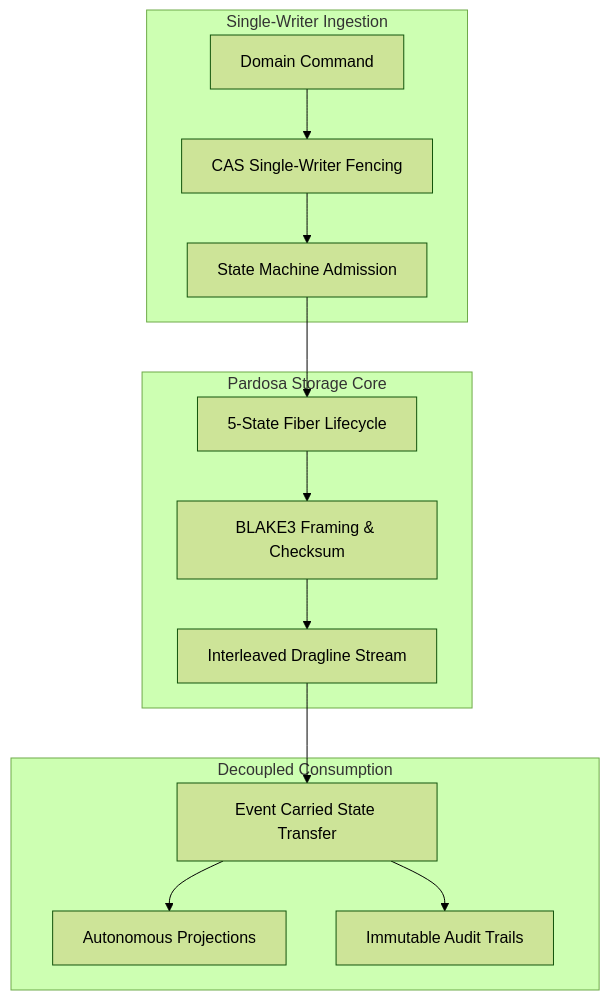
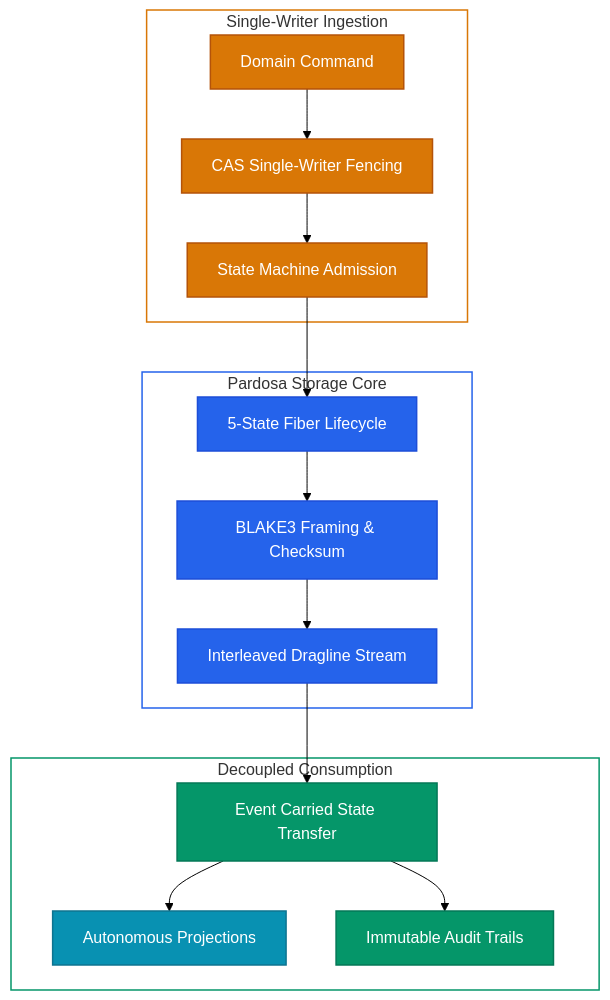
Before and after one commit to acje/acje.github.io: the first of 5 diagrams in content/projects/pardosa/index.md, drawn with Mermaid (forest theme). The commit also changed other lines of this file and 2 other files, not shown here.

Commit message:
Modernize and unify Mermaid diagram color schemes across project presentations

````diff
--- a/content/projects/pardosa/index.md
+++ b/content/projects/pardosa/index.md
@@ -14,26 +14,40 @@
 ```mermaid
 flowchart TD
     subgraph Ingestion [Single-Writer Ingestion]
         CMD[Domain Command] --> CAS[CAS Single-Writer Fencing]
         CAS --> ADMIT[State Machine Admission]
     end
 
     subgraph Core [Pardosa Storage Core]
         SM[5-State Fiber Lifecycle]
         BLAKE[BLAKE3 Framing & Checksum]
         DRAG[Interleaved Dragline Stream]
     end
 
     subgraph Downstream [Decoupled Consumption]
         ECST[Event Carried State Transfer]
         PROJ[Autonomous Projections]
         AUDIT[Immutable Audit Trails]
     end
 
     ADMIT --> SM
     SM --> BLAKE
     BLAKE --> DRAG
     DRAG --> ECST
     ECST --> PROJ
     ECST --> AUDIT
+
+    classDef amber fill:#d97706,stroke:#b45309,stroke-width:1.5px,color:#ffffff
+    classDef blue fill:#2563eb,stroke:#1d4ed8,stroke-width:1.5px,color:#ffffff
+    classDef green fill:#059669,stroke:#047857,stroke-width:1.5px,color:#ffffff
+    classDef cyan fill:#0891b2,stroke:#0e7490,stroke-width:1.5px,color:#ffffff
+
+    class CMD,CAS,ADMIT amber
+    class SM,BLAKE,DRAG blue
+    class ECST,AUDIT green
+    class PROJ cyan
+
+    style Ingestion fill:transparent,stroke:#d97706,stroke-width:1.5px
+    style Core fill:transparent,stroke:#2563eb,stroke-width:1.5px
+    style Downstream fill:transparent,stroke:#059669,stroke-width:1.5px
 ```
````
